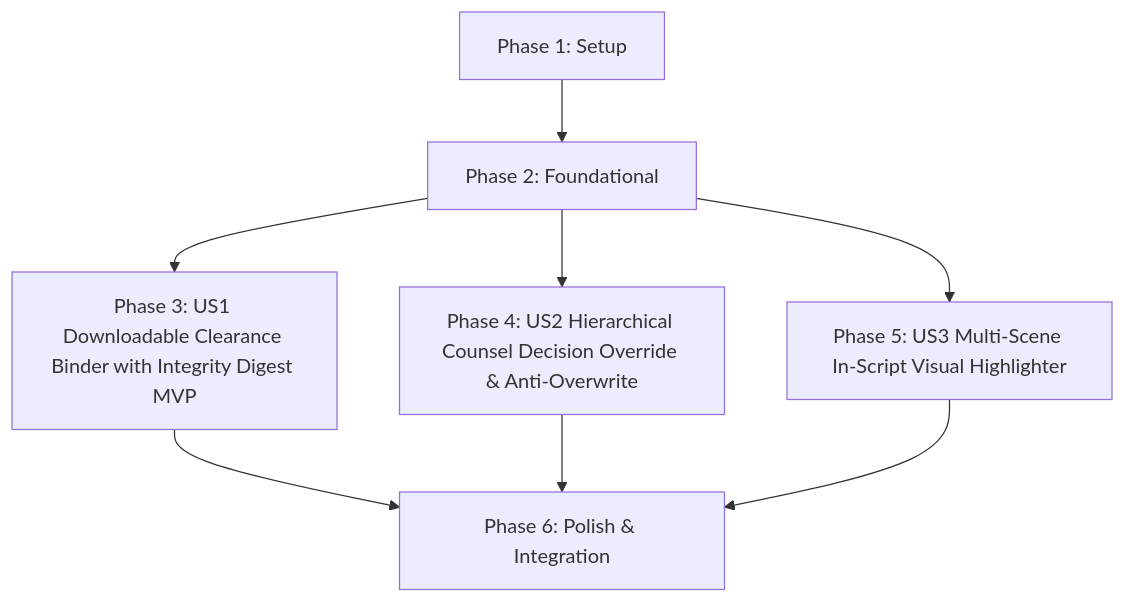
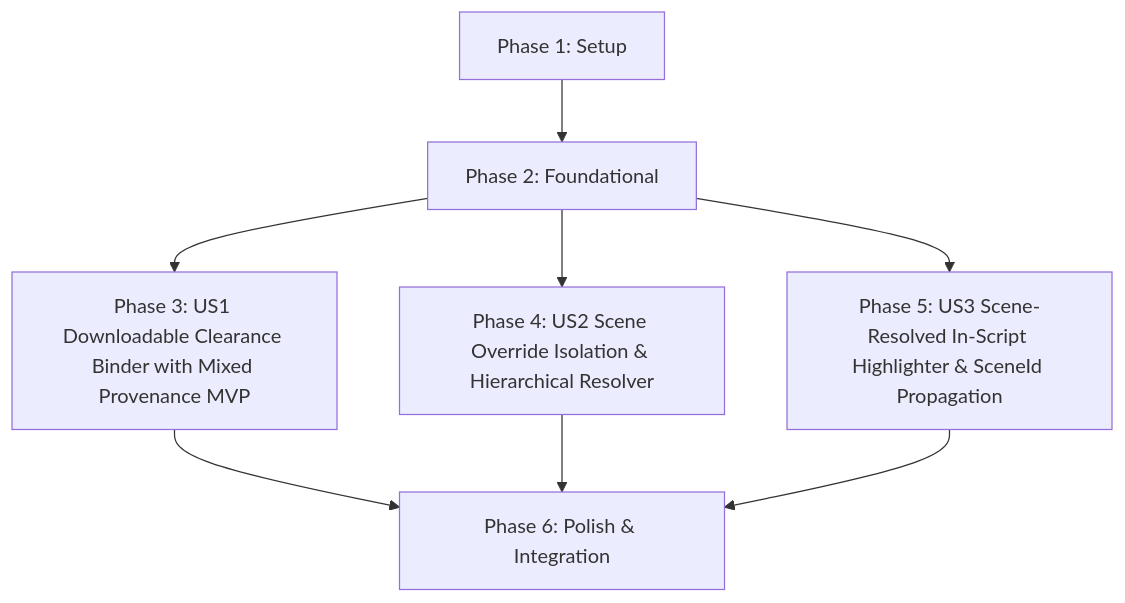
Before and after one commit to fmcgoohan/clearancescout: the diagram in specs/003-counsel-review-binder/tasks.md, drawn with Mermaid. The commit also changed other lines of this file and 18 other files, not shown here.

Commit message:
feat: enforce scene override isolation, sceneId propagation, scene-resolved badges, and mixed binder provenance

````diff
--- a/specs/003-counsel-review-binder/tasks.md
+++ b/specs/003-counsel-review-binder/tasks.md
@@ -101,10 +101,10 @@
 ```mermaid
 graph TD
     Phase1[Phase 1: Setup] --> Phase2[Phase 2: Foundational]
-    Phase2 --> US1[Phase 3: US1 Downloadable Clearance Binder with Integrity Digest MVP]
-    Phase2 --> US2[Phase 4: US2 Hierarchical Counsel Decision Override & Anti-Overwrite]
-    Phase2 --> US3[Phase 5: US3 Multi-Scene In-Script Visual Highlighter]
+    Phase2 --> US1[Phase 3: US1 Downloadable Clearance Binder with Mixed Provenance MVP]
+    Phase2 --> US2[Phase 4: US2 Scene Override Isolation & Hierarchical Resolver]
+    Phase2 --> US3[Phase 5: US3 Scene-Resolved In-Script Highlighter & SceneId Propagation]
     US1 --> Polish[Phase 6: Polish & Integration]
     US2 --> Polish
     US3 --> Polish
 ```
````
